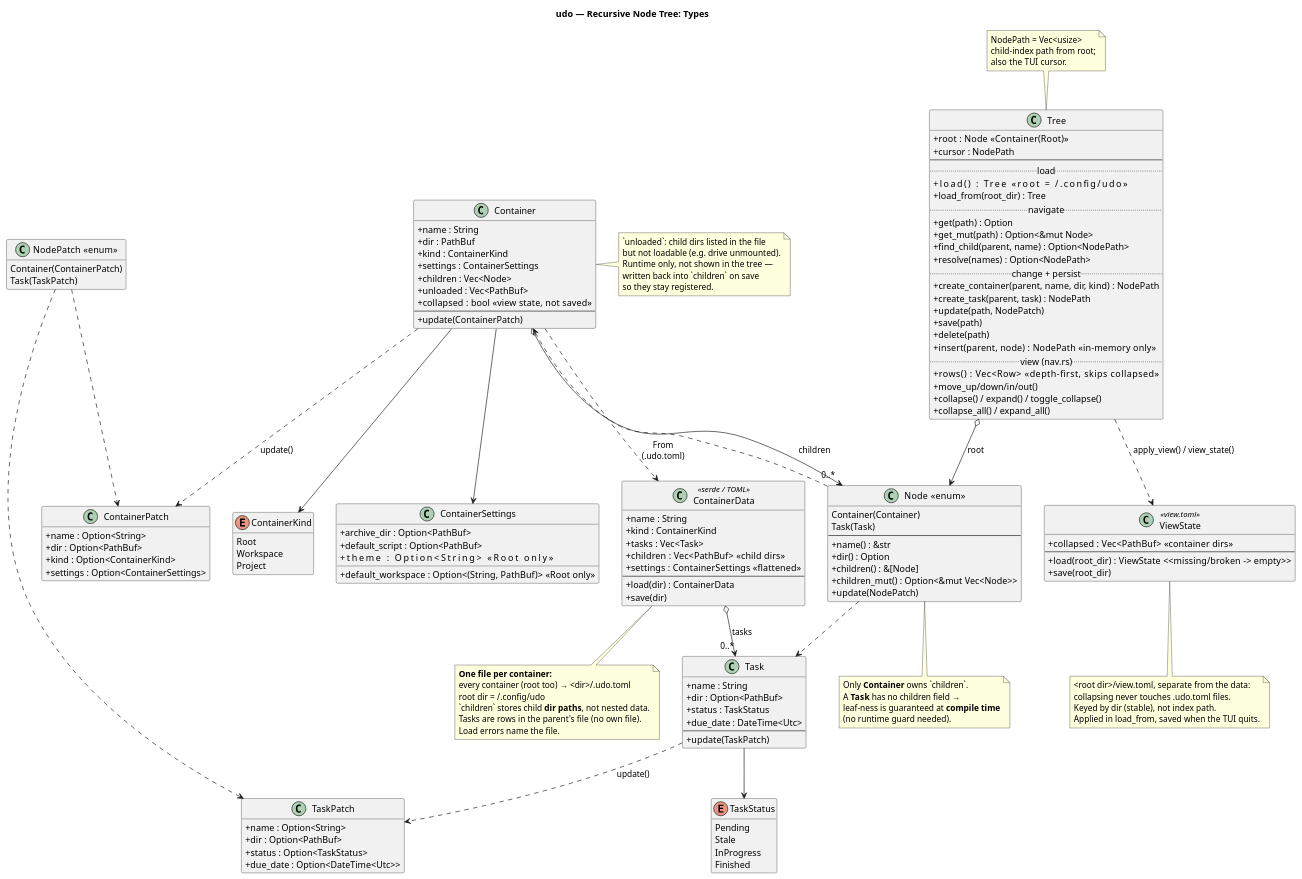
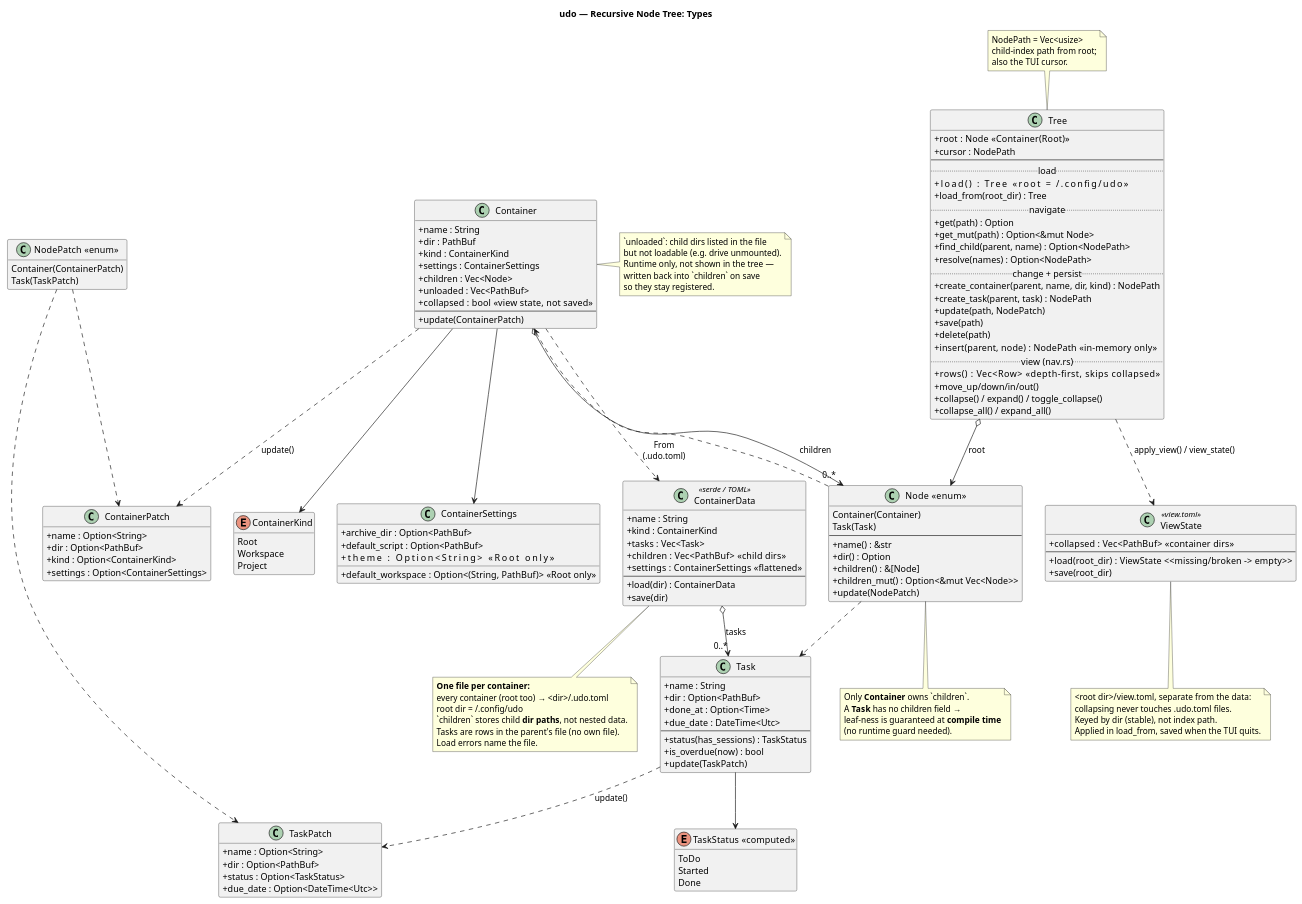
One commit to jqyDee/udo changed the diagram in docs/tree/01-types.puml. Above: the diagram before and after it, drawn with PlantUML. The commit also changed 21 other files, not shown here.

Commit message:
feat(status): status calculated through sessions

```diff
--- a/docs/tree/01-types.puml
+++ b/docs/tree/01-types.puml
@@ -1,180 +1,181 @@
 @startuml
 title udo — Recursive Node Tree: Types
 
 hide empty members
 skinparam classAttributeIconSize 0
 
 ' ---------- in-memory tree ----------
 class Tree {
   + root : Node   <<Container(Root)>>
   + cursor : NodePath
   --
   .. load ..
   + load() : Tree                      <<root = ~/.config/udo>>
   + load_from(root_dir) : Tree
   .. navigate ..
   + get(path) : Option<&Node>
   + get_mut(path) : Option<&mut Node>
   + find_child(parent, name) : Option<NodePath>
   + resolve(names) : Option<NodePath>
   .. change + persist ..
   + create_container(parent, name, dir, kind) : NodePath
   + create_task(parent, task) : NodePath
   + update(path, NodePatch)
   + save(path)
   + delete(path)
   + insert(parent, node) : NodePath    <<in-memory only>>
   .. view (nav.rs) ..
   + rows() : Vec<Row>          <<depth-first, skips collapsed>>
   + move_up/down/in/out()
   + collapse() / expand() / toggle_collapse()
   + collapse_all() / expand_all()
 }
 
 note top of Tree
   NodePath = Vec<usize>
   child-index path from root;
   also the TUI cursor.
 end note
 
 class "Node  <<enum>>" as Node {
   Container(Container)
   Task(Task)
   --
   + name() : &str
   + dir() : Option<&Path>
   + children() : &[Node]
   + children_mut() : Option<&mut Vec<Node>>
   + update(NodePatch)
 }
 
 class Container {
   + name : String
   + dir : PathBuf
   + kind : ContainerKind
   + settings : ContainerSettings
   + children : Vec<Node>
   + unloaded : Vec<PathBuf>
   + collapsed : bool   <<view state, not saved>>
   --
   + update(ContainerPatch)
 }
 
 class Task {
   + name : String
   + dir : Option<PathBuf>
-  + status : TaskStatus
+  + done_at : Option<Time>
   + due_date : DateTime<Utc>
   --
+  + status(has_sessions) : TaskStatus
+  + is_overdue(now) : bool
   + update(TaskPatch)
 }
 
 enum ContainerKind {
   Root
   Workspace
   Project
 }
 
-enum TaskStatus {
-  Pending
-  Stale
-  InProgress
-  Finished
+enum "TaskStatus  <<computed>>" as TaskStatus {
+  ToDo
+  Started
+  Done
 }
 
 class ContainerSettings {
   + archive_dir : Option<PathBuf>
   + default_script : Option<PathBuf>
   + theme : Option<String>                          <<Root only>>
   + default_workspace : Option<(String, PathBuf)>   <<Root only>>
 }
 
 ' ---------- update / patch ----------
 class "NodePatch  <<enum>>" as NodePatch {
   Container(ContainerPatch)
   Task(TaskPatch)
 }
 
 class ContainerPatch {
   + name : Option<String>
   + dir : Option<PathBuf>
   + kind : Option<ContainerKind>
   + settings : Option<ContainerSettings>
 }
 
 class TaskPatch {
   + name : Option<String>
   + dir : Option<PathBuf>
   + status : Option<TaskStatus>
   + due_date : Option<DateTime<Utc>>
 }
 
 ' ---------- persistence DTO ----------
 class ContainerData <<serde / TOML>> {
   + name : String
   + kind : ContainerKind
   + tasks : Vec<Task>
   + children : Vec<PathBuf>   <<child dirs>>
   + settings : ContainerSettings   <<flattened>>
   --
   + load(dir) : ContainerData
   + save(dir)
 }
 
 class ViewState <<view.toml>> {
   + collapsed : Vec<PathBuf>   <<container dirs>>
   --
   + load(root_dir) : ViewState   <<missing/broken -> empty>>
   + save(root_dir)
 }
 
 note bottom of ViewState
   <root dir>/view.toml, separate from the data:
   collapsing never touches .udo.toml files.
   Keyed by dir (stable), not index path.
   Applied in load_from, saved when the TUI quits.
 end note
 
 ' ---------- relationships ----------
 Tree o--> Node : root
 Node ..> Container
 Node ..> Task
 Container o--> "0..*" Node : children
 Container --> ContainerKind
 Container --> ContainerSettings
 Task --> TaskStatus
 
 NodePatch ..> ContainerPatch
 NodePatch ..> TaskPatch
 Container ..> ContainerPatch : update()
 Task ..> TaskPatch : update()
 
 Container ..> ContainerData : From<&Container>\n(.udo.toml)
 ContainerData o--> "0..*" Task : tasks
 Tree ..> ViewState : apply_view() / view_state()
 
 note bottom of Node
   Only **Container** owns `children`.
   A **Task** has no children field →
   leaf-ness is guaranteed at **compile time**
   (no runtime guard needed).
 end note
 
 note right of Container
   `unloaded`: child dirs listed in the file
   but not loadable (e.g. drive unmounted).
   Runtime only, not shown in the tree —
   written back into `children` on save
   so they stay registered.
 end note
 
 note bottom of ContainerData
   **One file per container:**
   every container (root too) → <dir>/.udo.toml
   root dir = ~/.config/udo
   `children` stores child **dir paths**, not nested data.
   Tasks are rows in the parent's file (no own file).
   Load errors name the file.
 end note
 
 @enduml
```
